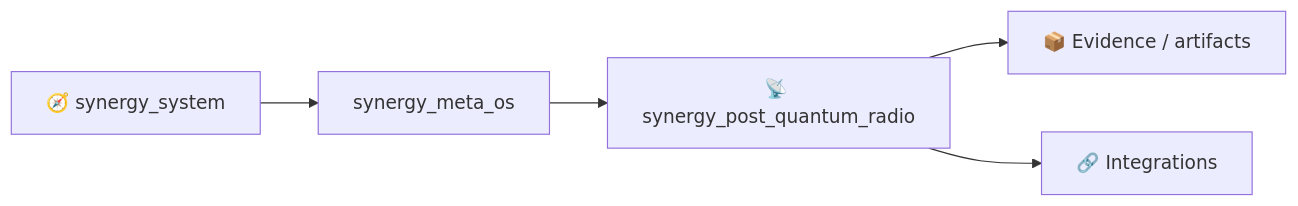
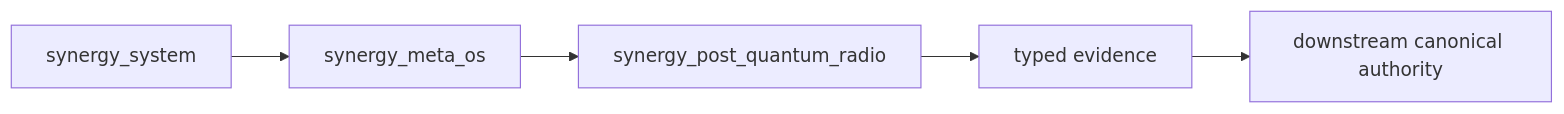
The second of 2 diagrams in README.md (Shtenco/synergy_post_quantum_radio), drawn with Mermaid before and after one commit. The commit also changed other lines of this file, not shown here.

````diff
--- a/README.md
+++ b/README.md
@@ -20,7 +140,7 @@
 ```mermaid
 flowchart LR
-    SYS[🧭 synergy_system] --> P[synergy_meta_os]
-    P --> THIS[📡 synergy_post_quantum_radio]
-    THIS --> E[📦 Evidence / artifacts]
-    THIS --> I[🔗 Integrations]
+    SYS[synergy_system] --> P[synergy_meta_os]
+    P --> THIS[synergy_post_quantum_radio]
+    THIS --> E[typed evidence]
+    E --> NEXT[downstream canonical authority]
 ```
````
